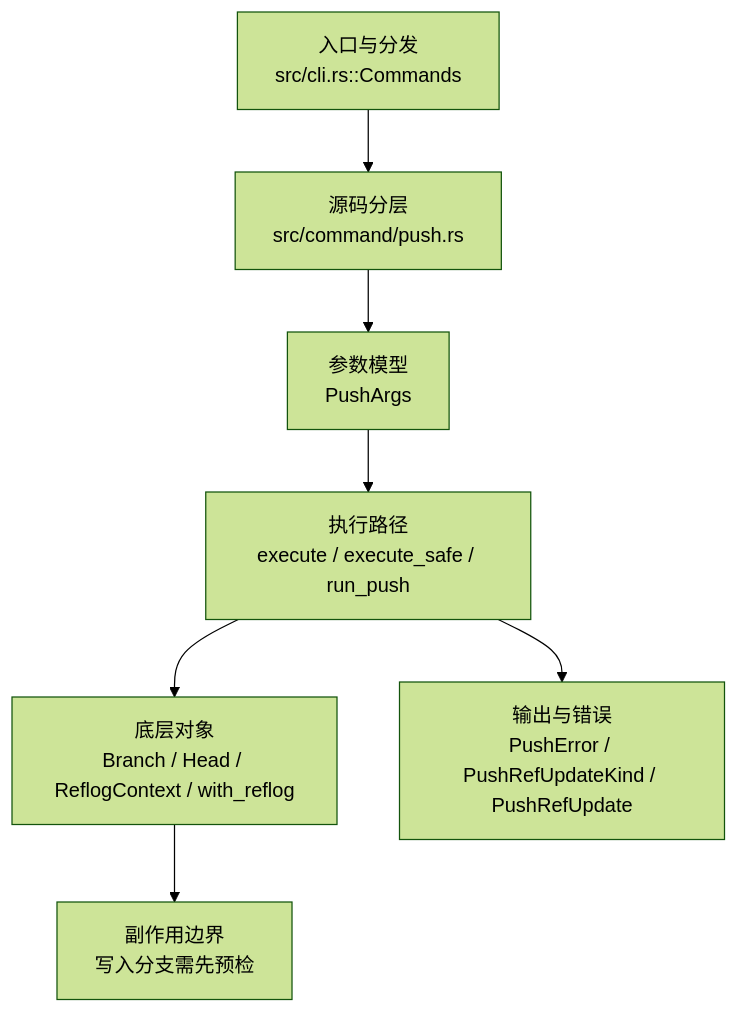
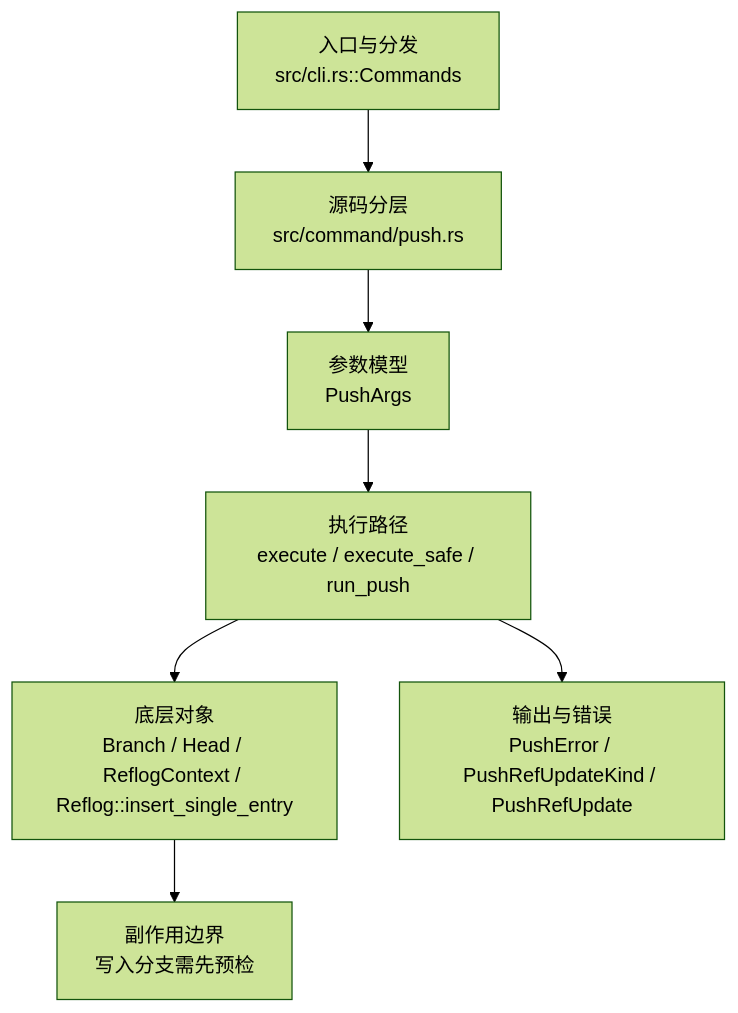
The diagram in docs/development/commands/push.md (web3infra-foundation/libra), drawn with Mermaid (forest theme) before and after one commit. The commit also changed other lines of this file and 65 other files, not shown here.

````diff
--- a/docs/development/commands/push.md
+++ b/docs/development/commands/push.md
@@ -23,9 +23,9 @@
 ```mermaid
 flowchart TD
     A["入口与分发<br/>src/cli.rs::Commands"] --> B["源码分层<br/>src/command/push.rs"]
     B --> C["参数模型<br/>PushArgs"]
     C --> D["执行路径<br/>execute / execute_safe / run_push"]
-    D --> E["底层对象<br/>Branch / Head / ReflogContext / with_reflog"]
+    D --> E["底层对象<br/>Branch / Head / ReflogContext / Reflog::insert_single_entry"]
     D --> F["输出与错误<br/>PushError / PushRefUpdateKind / PushRefUpdate"]
     E --> G["副作用边界<br/>写入分支需先预检"]
 ```
````
